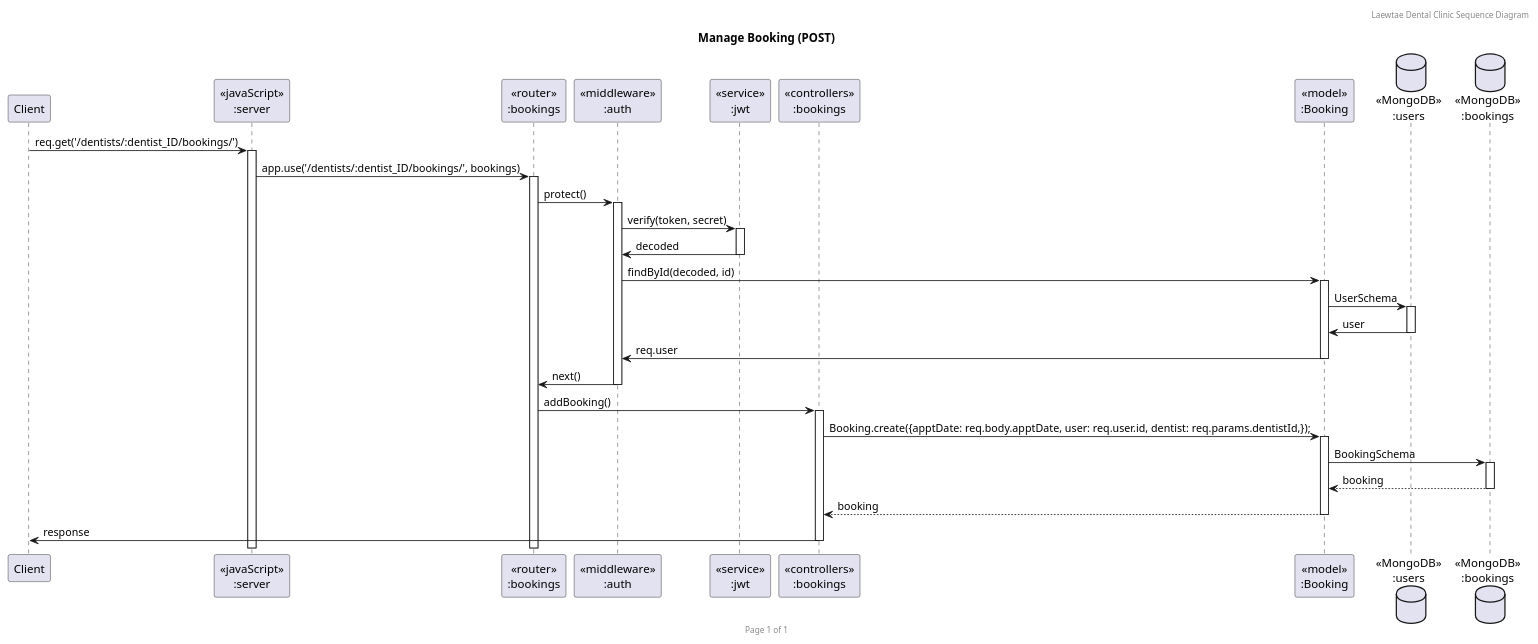
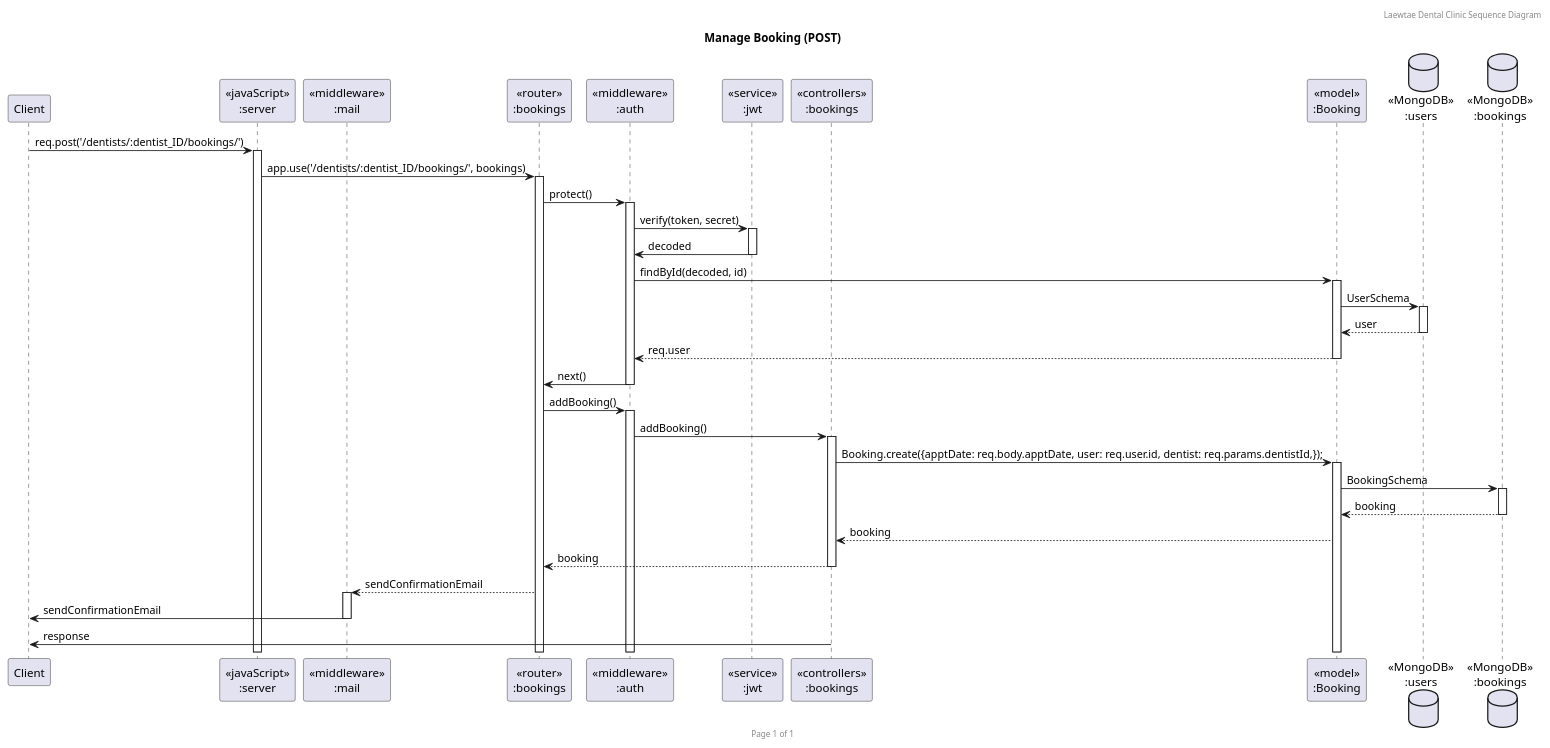
The diagram in UML/SequenceDiagram/Booking/BookingSequencePOST.puml (nattapong232/DentistBooking), drawn with PlantUML before and after one commit. The commit also changed 2 other files, not shown here.

```diff
--- a/UML/SequenceDiagram/Booking/BookingSequencePOST.puml
+++ b/UML/SequenceDiagram/Booking/BookingSequencePOST.puml
@@ -1,34 +1,39 @@
 @startuml Manage Booking (POST)
 
 header Laewtae Dental Clinic Sequence Diagram
 footer Page %page% of %lastpage%
 title "Manage Booking (POST)"
 
 participant "Client" as client
 participant "<<javaScript>>\n:server" as server
+participant "<<middleware>>\n:mail" as mail
 participant "<<router>>\n:bookings" as routerBookings
 participant "<<middleware>>\n:auth" as auth
 participant "<<service>>\n:jwt" as jwt
 participant "<<controllers>>\n:bookings" as controllersBookings
 participant "<<model>>\n:Booking" as modelBooking
 database "<<MongoDB>>\n:users" as UsersDatabase
 database "<<MongoDB>>\n:bookings" as BookingsDatabase
 
-client->server ++:req.get('/dentists/:dentist_ID/bookings/')
+client->server ++:req.post('/dentists/:dentist_ID/bookings/')
 server->routerBookings ++:app.use('/dentists/:dentist_ID/bookings/', bookings)
 routerBookings -> auth ++:protect()
 auth -> jwt ++:verify(token, secret)
 auth <- jwt --:decoded
 auth -> modelBooking ++:findById(decoded, id)
 modelBooking -> UsersDatabase ++:UserSchema
-modelBooking <- UsersDatabase --:user
-auth <- modelBooking --:req.user
+modelBooking <-- UsersDatabase --:user
+auth <-- modelBooking --:req.user
 routerBookings <- auth --:next()
-routerBookings -> controllersBookings ++:addBooking()
+routerBookings -> auth ++:addBooking()
+auth -> controllersBookings ++:addBooking()
 controllersBookings->modelBooking ++:Booking.create({apptDate: req.body.apptDate, user: req.user.id, dentist: req.params.dentistId,});
 modelBooking ->BookingsDatabase ++: BookingSchema
 BookingsDatabase --> modelBooking --: booking
-controllersBookings <-- modelBooking --:booking
+controllersBookings <-- modelBooking :booking
+routerBookings <-- controllersBookings --:booking
+mail <-- routerBookings ++:sendConfirmationEmail
+client <- mail --:sendConfirmationEmail
 controllersBookings->client --:response
 
 @enduml
```
